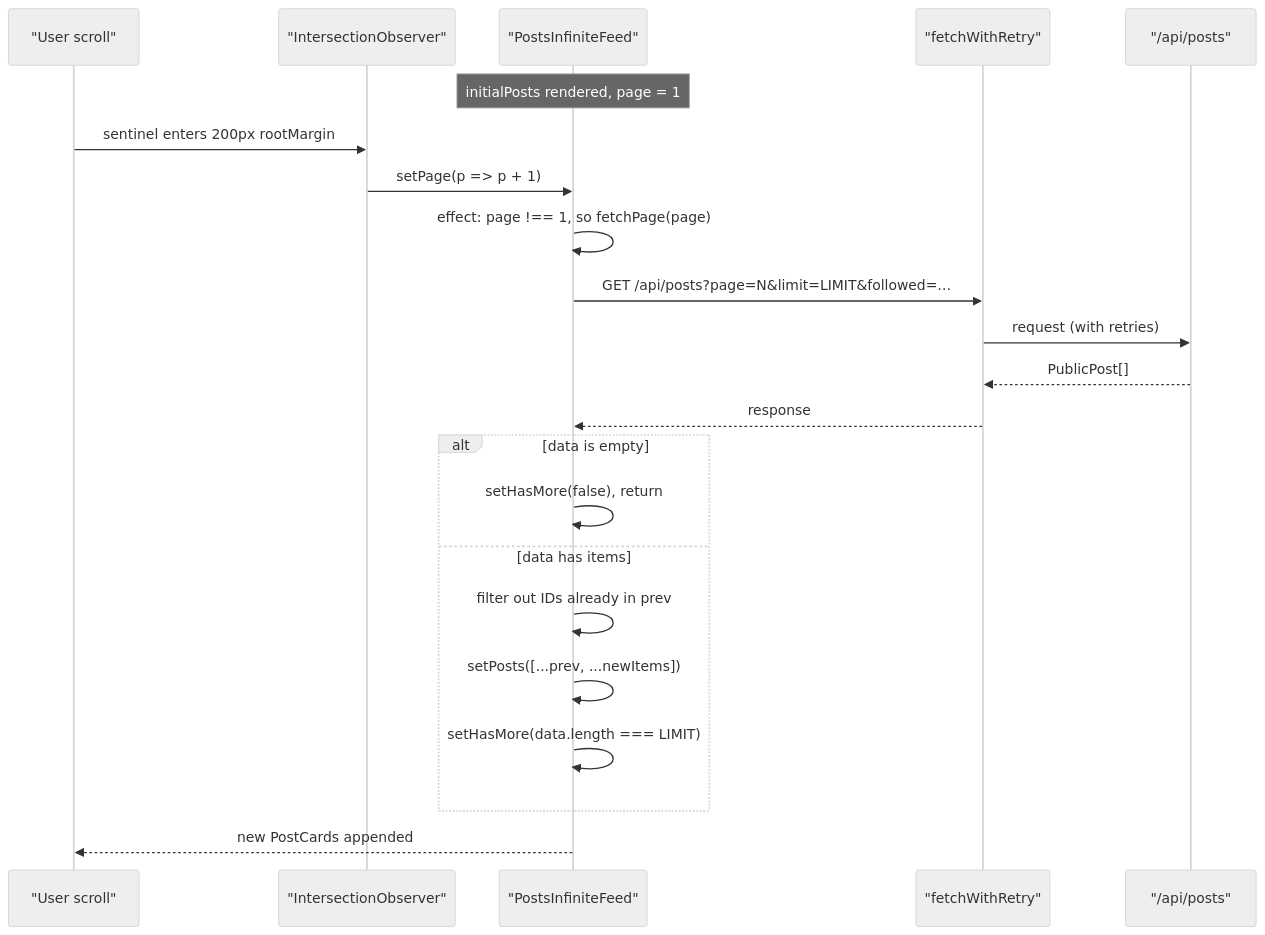
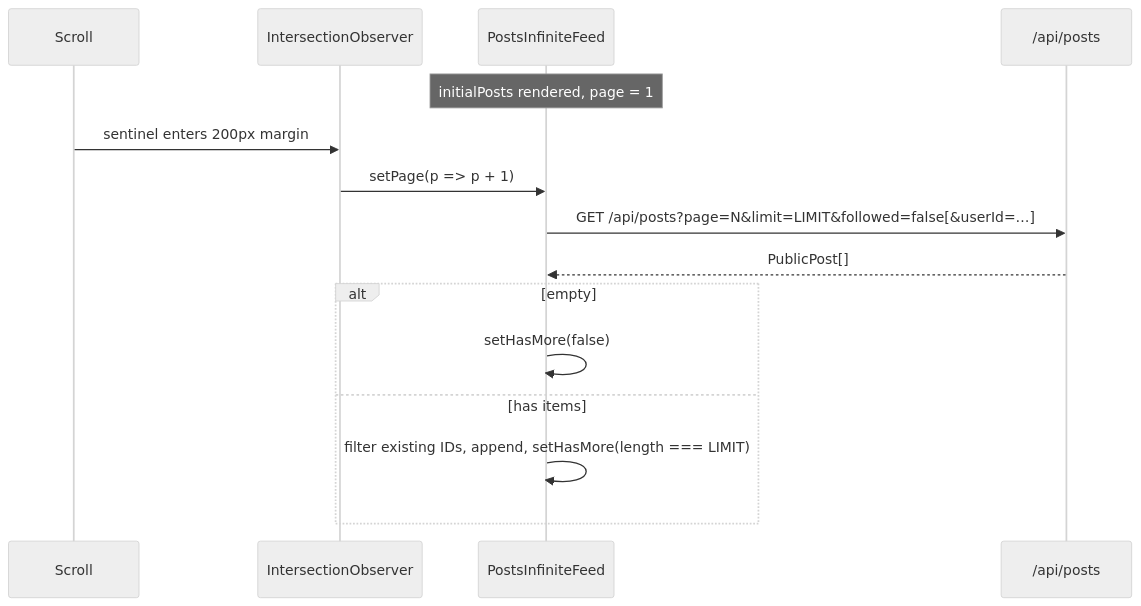
The second of 2 diagrams in src/content/docs/features/posts.md (jackcasstlesjones/ozeaon-wiki), drawn with Mermaid (neutral theme) before and after one commit. The commit also changed other lines of this file and 6 other files, not shown here.

Commit message:
docs: trim api routes, server actions, posts, post images and media pages and the organizations components page

````diff
--- a/src/content/docs/features/posts.md
+++ b/src/content/docs/features/posts.md
@@ -296,25 +81,18 @@
 ```mermaid
 sequenceDiagram
-    participant Scroll as "User scroll"
-    participant Obs as "IntersectionObserver"
-    participant Feed as "PostsInfiniteFeed"
-    participant Retry as "fetchWithRetry"
-    participant API as "/api/posts"
+    participant Scroll
+    participant Observer as IntersectionObserver
+    participant Feed as PostsInfiniteFeed
+    participant API as /api/posts
 
     Note over Feed: initialPosts rendered, page = 1
-    Scroll->>Obs: sentinel enters 200px rootMargin
-    Obs->>Feed: setPage(p => p + 1)
-    Feed->>Feed: effect: page !== 1, so fetchPage(page)
-    Feed->>Retry: GET /api/posts?page=N&limit=LIMIT&followed=…
-    Retry->>API: request (with retries)
-    API-->>Retry: PublicPost[]
-    Retry-->>Feed: response
-    alt data is empty
-        Feed->>Feed: setHasMore(false), return
-    else data has items
-        Feed->>Feed: filter out IDs already in prev
-        Feed->>Feed: setPosts([...prev, ...newItems])
-        Feed->>Feed: setHasMore(data.length === LIMIT)
+    Scroll->>Observer: sentinel enters 200px margin
+    Observer->>Feed: setPage(p => p + 1)
+    Feed->>API: GET /api/posts?page=N&limit=LIMIT&followed=false[&userId=…]
+    API-->>Feed: PublicPost[]
+    alt empty
+        Feed->>Feed: setHasMore(false)
+    else has items
+        Feed->>Feed: filter existing IDs, append, setHasMore(length === LIMIT)
     end
-    Feed-->>Scroll: new PostCards appended
 ```
````
